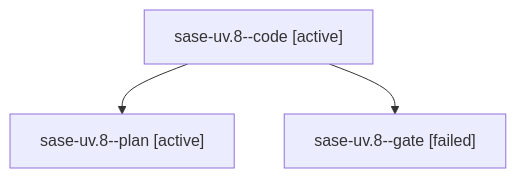
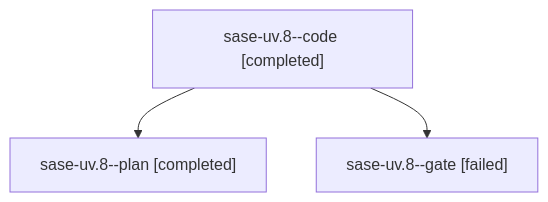
Before and after one commit to sase-org/sase--agents: the diagram in families/bbugyi200.athena.sase-uv.8.md, drawn with Mermaid. The commit also changed other lines of this file and 84 other files, not shown here.

````diff
--- a/families/bbugyi200.athena.sase-uv.8.md
+++ b/families/bbugyi200.athena.sase-uv.8.md
@@ -9,8 +9,8 @@
 ```mermaid
 flowchart TD
-  n0["sase-uv.8--code [active]"]
-  n1["sase-uv.8--plan [active]"]
+  n0["sase-uv.8--code [completed]"]
+  n1["sase-uv.8--plan [completed]"]
   n0 --> n1
   n2["sase-uv.8--gate [failed]"]
   n0 --> n2
 ```
````
